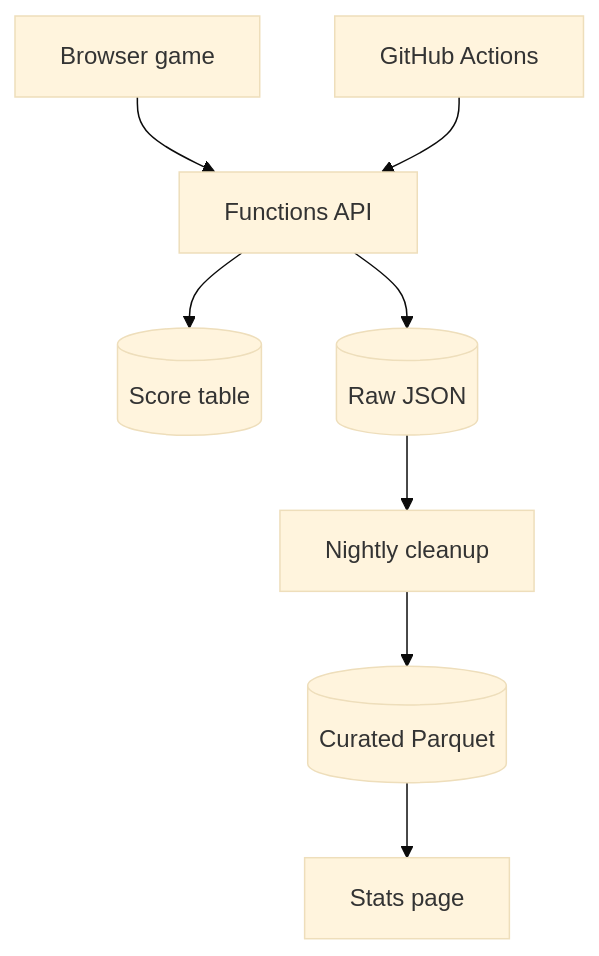
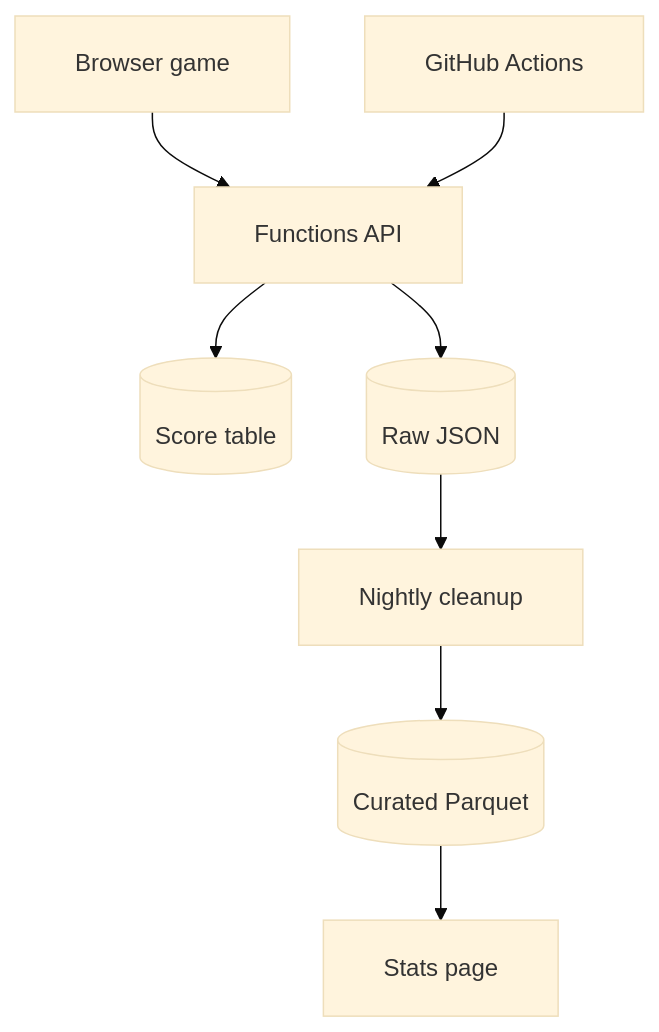
Before and after one commit to Gerlitek/zombiet-peli: the diagram in README.md, drawn with Mermaid (base theme).

Commit message:
Give diagram boxes more inner padding so letter tails are not clipped

````diff
--- a/README.md
+++ b/README.md
@@ -14,10 +14,15 @@
 ```mermaid
+---
+config:
+  flowchart:
+    padding: 20
+---
 flowchart TD
     Game["Browser game"] --> API
     GH["GitHub Actions"] --> API
     API["Functions API"] --> Scores[("Score table")]
     API --> Raw[("Raw JSON")]
     Raw --> Night["Nightly cleanup"]
     Night --> Cur[("Curated Parquet")]
     Cur --> Dash["Stats page"]
 ```
````
